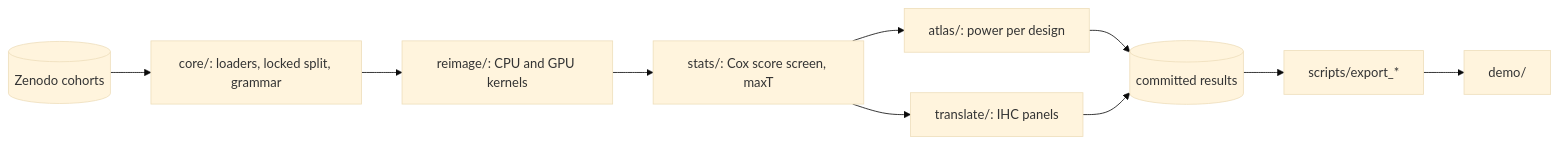
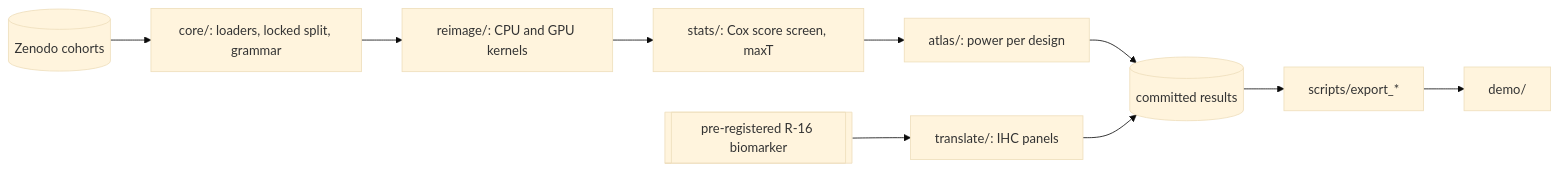
Before and after one commit to atiladeokegab/biopsy-scan: the diagram in README.md, drawn with Mermaid (base theme). The commit also changed other lines of this file and 56 other files, not shown here.

````diff
--- a/README.md
+++ b/README.md
@@ -89,11 +103,11 @@
 ```mermaid
 flowchart LR
   D[(Zenodo cohorts)] --> L[core/: loaders, locked split, grammar]
   L --> R[reimage/: CPU and GPU kernels]
   R --> S[stats/: Cox score screen, maxT]
   S --> A[atlas/: power per design]
-  S --> T[translate/: IHC panels]
+  F[[pre-registered R-16 biomarker]] --> T[translate/: IHC panels]
   A --> X[(committed results)]
   T --> X
   X --> E[scripts/export_*] --> W[demo/]
 ```
````
